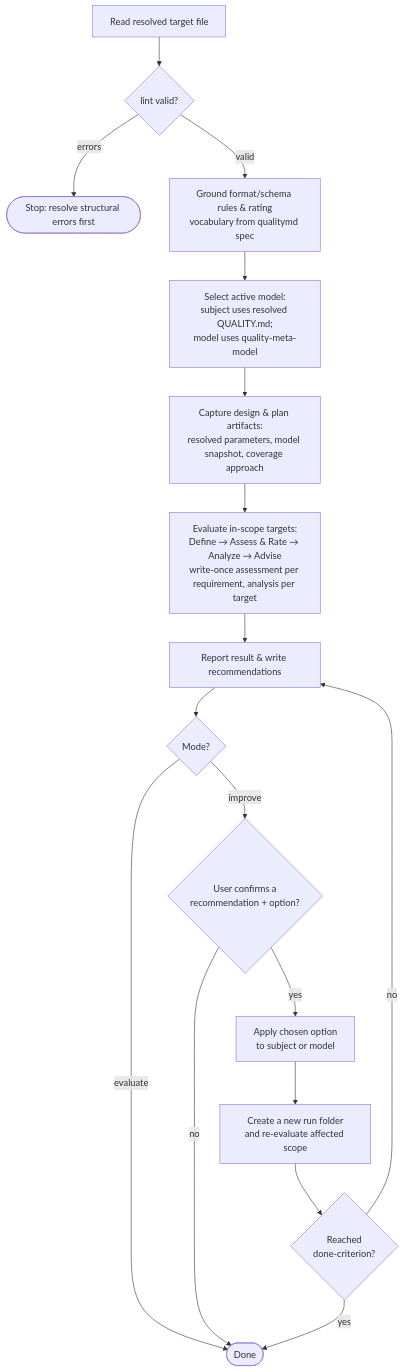
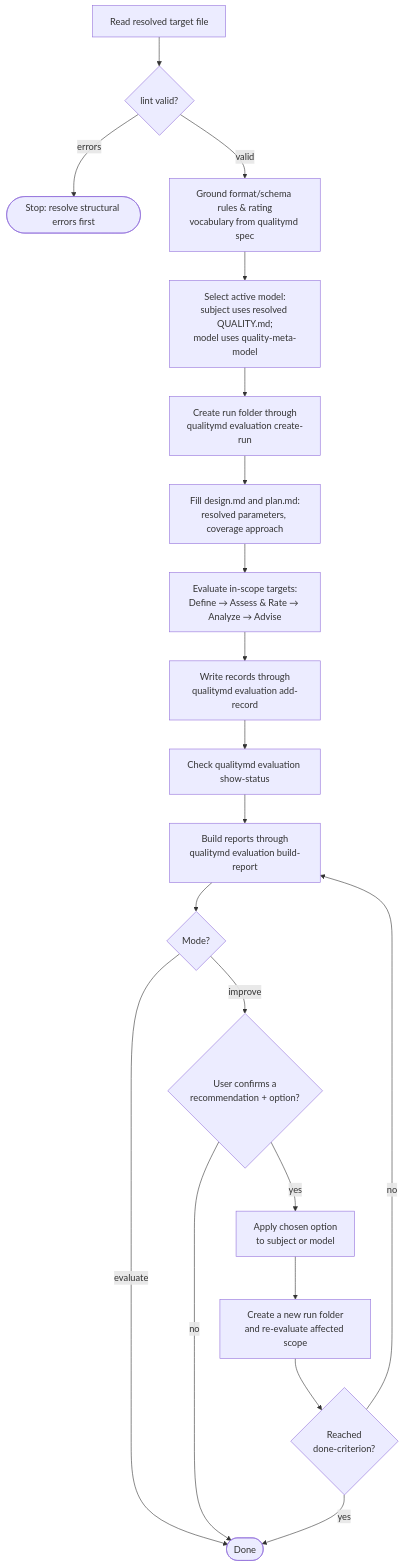
Before and after one commit to qualitymd/quality.md: the diagram in specs/skills/quality-skill/quality-skill.md, drawn with Mermaid. The commit also changed other lines of this file and 59 other files, not shown here.

````diff
--- a/specs/skills/quality-skill/quality-skill.md
+++ b/specs/skills/quality-skill/quality-skill.md
@@ -263,19 +266,22 @@
 ```mermaid
 flowchart TD
     Read[Read resolved target file] --> Lint{lint valid?}
     Lint -->|errors| Stop([Stop: resolve structural errors first])
     Lint -->|valid| Ground[Ground format/schema rules &amp; rating<br/>vocabulary from qualitymd spec]
     Ground --> ActiveModel[Select active model:<br/>subject uses resolved QUALITY.md;<br/>model uses quality-meta-model]
-    ActiveModel --> Plan[Capture design &amp; plan artifacts:<br/>resolved parameters, model snapshot, coverage approach]
-    Plan --> Eval[Evaluate in-scope targets:<br/>Define → Assess &amp; Rate → Analyze → Advise<br/>write-once assessment per requirement, analysis per target]
-    Eval --> Report[Report result &amp; write recommendations]
+    ActiveModel --> Run[Create run folder through<br/>qualitymd evaluation create-run]
+    Run --> Plan[Fill design.md and plan.md:<br/>resolved parameters, coverage approach]
+    Plan --> Eval[Evaluate in-scope targets:<br/>Define → Assess &amp; Rate → Analyze → Advise]
+    Eval --> Records[Write records through<br/>qualitymd evaluation add-record]
+    Records --> Status[Check qualitymd evaluation show-status]
+    Status --> Report[Build reports through<br/>qualitymd evaluation build-report]
     Report --> Mode{Mode?}
     Mode -->|evaluate| Done([Done])
     Mode -->|improve| Confirm{User confirms a<br/>recommendation + option?}
     Confirm -->|no| Done
     Confirm -->|yes| Apply[Apply chosen option<br/>to subject or model]
     Apply --> ReEval[Create a new run folder<br/>and re-evaluate affected scope]
     ReEval --> Criterion{Reached<br/>done-criterion?}
     Criterion -->|yes| Done
     Criterion -->|no| Report
 ```
````
